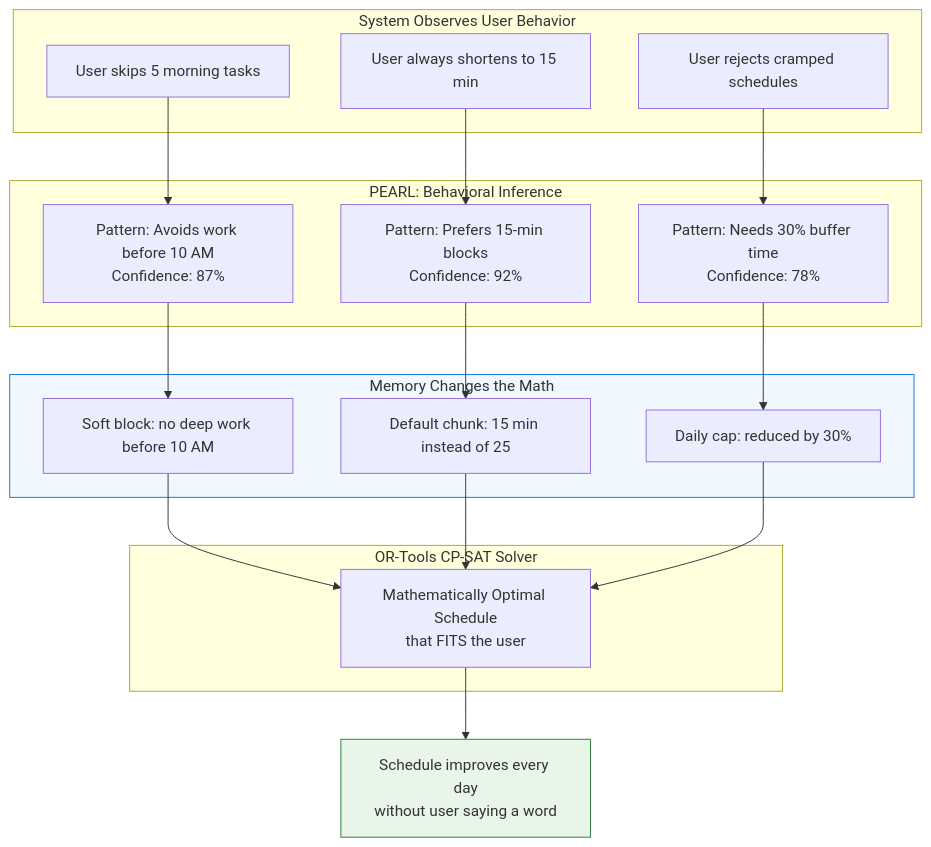
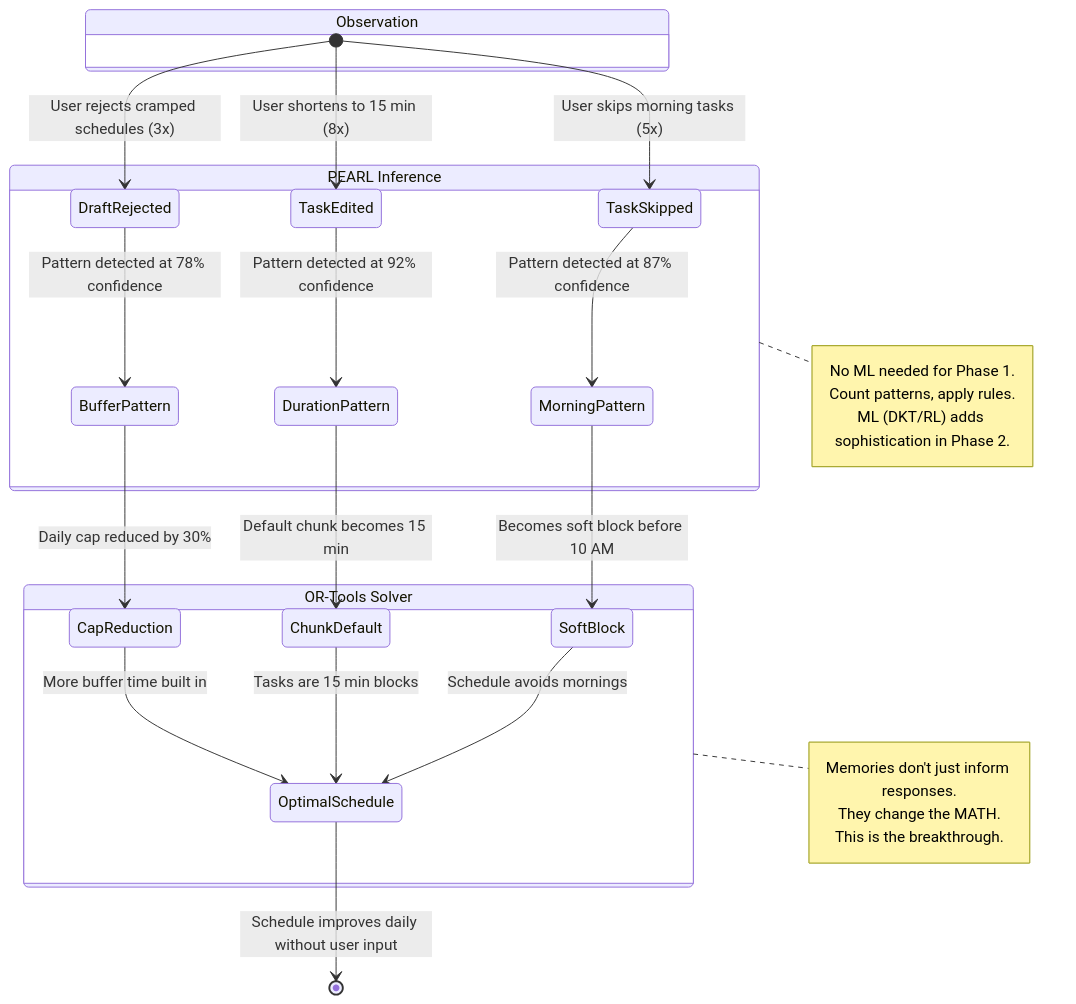
One commit to HackHeroic/Jarvis-Engine changed the third of 10 diagrams in docs/PITCH_ARCHITECTURE.md. Above: the diagram before and after it, drawn with Mermaid. The commit also changed other lines of this file and 1 other file, not shown here.

First line of the commit message:
docs: comprehensive PITCH_ARCHITECTURE.md with 10 diagrams + complete INDEX.md

````diff
--- a/docs/PITCH_ARCHITECTURE.md
+++ b/docs/PITCH_ARCHITECTURE.md
@@ -48,31 +108,38 @@
 ```mermaid
-flowchart TD
-    subgraph Observe [System Observes User Behavior]
-        Skip[User skips 5 morning tasks]
-        Edit[User always shortens to 15 min]
-        Reject[User rejects cramped schedules]
-    end
+stateDiagram-v2
+    state "Observation" as Obs {
+        [*] --> TaskSkipped: User skips morning tasks (5x)
+        [*] --> TaskEdited: User shortens to 15 min (8x)
+        [*] --> DraftRejected: User rejects cramped schedules (3x)
+    }
 
-    subgraph Infer [PEARL: Behavioral Inference]
-        Skip --> Pattern1[Pattern: Avoids work before 10 AM\nConfidence: 87%]
-        Edit --> Pattern2[Pattern: Prefers 15-min blocks\nConfidence: 92%]
-        Reject --> Pattern3[Pattern: Needs 30% buffer time\nConfidence: 78%]
-    end
+    state "PEARL Inference" as Pearl {
+        TaskSkipped --> MorningPattern: Pattern detected at 87% confidence
+        TaskEdited --> DurationPattern: Pattern detected at 92% confidence
+        DraftRejected --> BufferPattern: Pattern detected at 78% confidence
 
-    subgraph Bridge [Memory Changes the Math]
-        Pattern1 --> Constraint1[Soft block: no deep work before 10 AM]
-        Pattern2 --> Constraint2[Default chunk: 15 min instead of 25]
-        Pattern3 --> Constraint3[Daily cap: reduced by 30%]
-    end
+        MorningPattern --> SoftBlock: Becomes soft block before 10 AM
+        DurationPattern --> ChunkDefault: Default chunk becomes 15 min
+        BufferPattern --> CapReduction: Daily cap reduced by 30%
+    }
 
-    subgraph Solver [OR-Tools CP-SAT Solver]
-        Constraint1 --> Schedule[Mathematically Optimal Schedule\nthat FITS the user]
-        Constraint2 --> Schedule
-        Constraint3 --> Schedule
-    end
+    state "OR-Tools Solver" as Solver {
+        SoftBlock --> OptimalSchedule: Schedule avoids mornings
+        ChunkDefault --> OptimalSchedule: Tasks are 15 min blocks
+        CapReduction --> OptimalSchedule: More buffer time built in
+    }
 
-    Schedule --> Better[Schedule improves every day\nwithout user saying a word]
+    OptimalSchedule --> [*]: Schedule improves daily without user input
 
-    style Bridge fill:#f0f7ff,stroke:#1a73e8
-    style Better fill:#e8f5e9,stroke:#2e7d32
+    note right of Pearl
+        No ML needed for Phase 1.
+        Count patterns, apply rules.
+        ML (DKT/RL) adds sophistication in Phase 2.
+    end note
+
+    note right of Solver
+        Memories don't just inform responses.
+        They change the MATH.
+        This is the breakthrough.
+    end note
 ```
````
